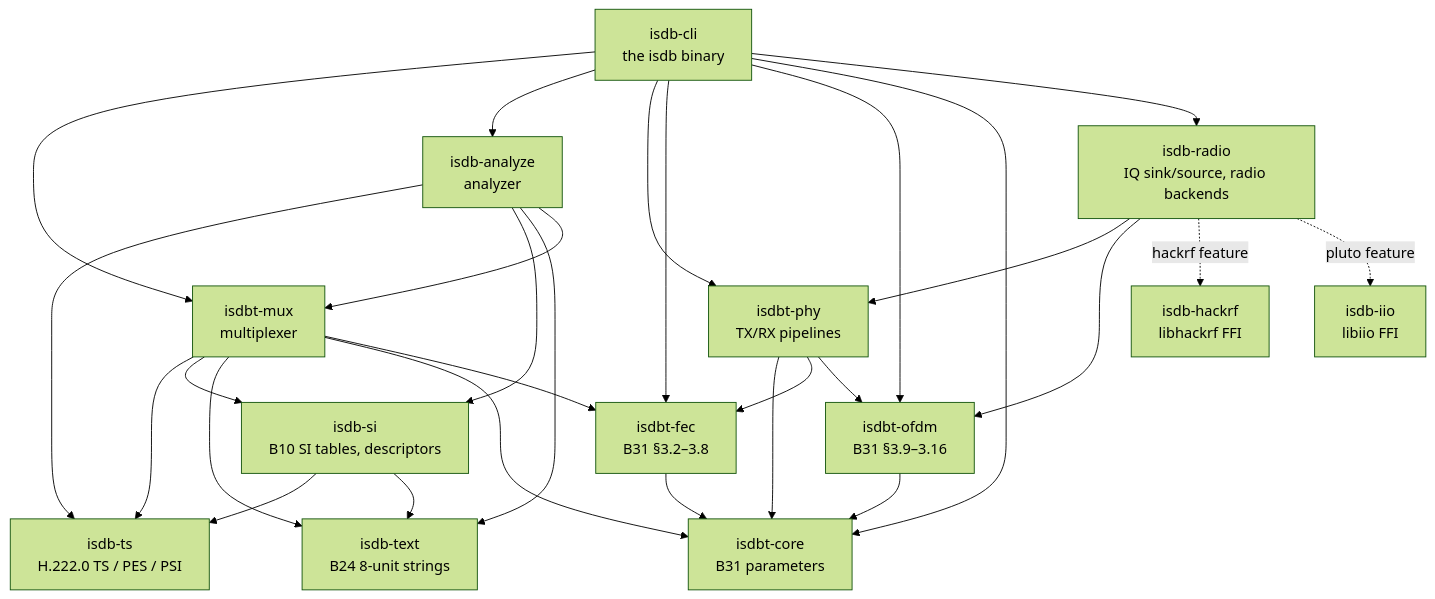
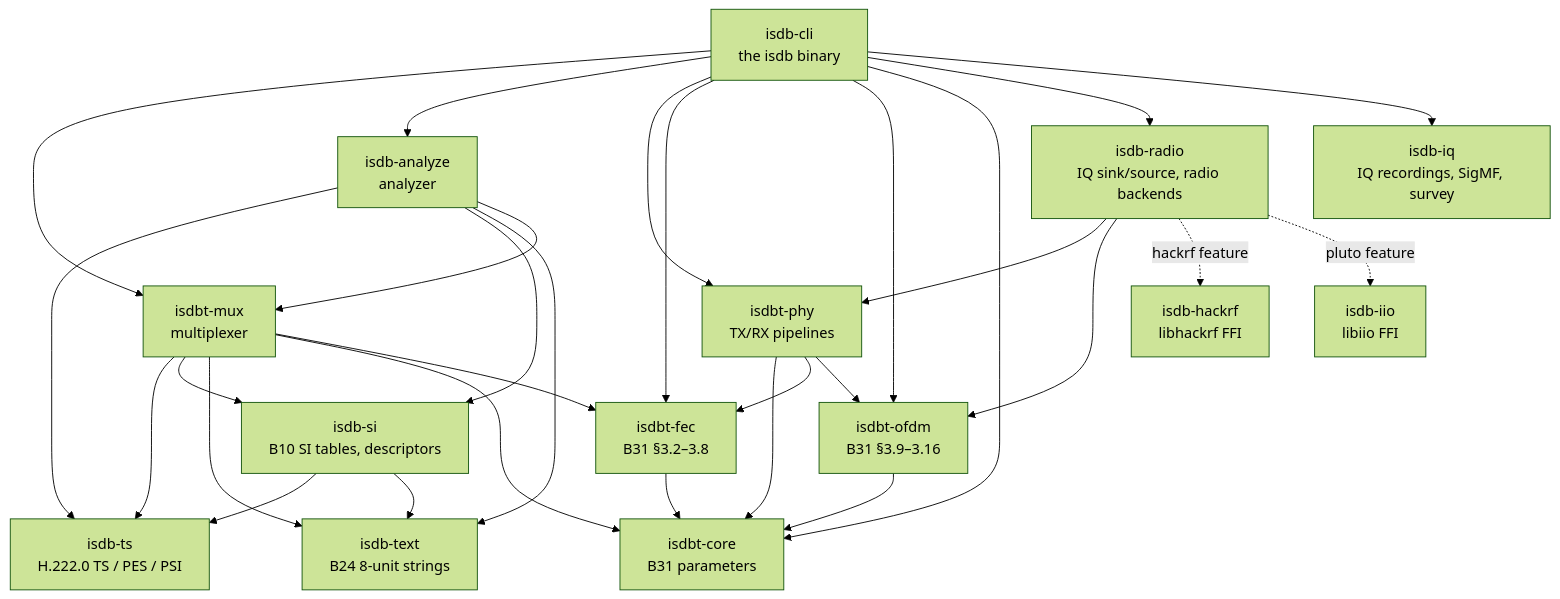
One commit to a1678991/isdb-rs changed the diagram in docs/architecture.md. Above: the diagram before and after it, drawn with Mermaid (forest theme). The commit also changed other lines of this file and 8 other files, not shown here.

````diff
--- a/docs/architecture.md
+++ b/docs/architecture.md
@@ -39,44 +39,46 @@
 ```mermaid
 graph TD
   ts[isdb-ts<br/>H.222.0 TS / PES / PSI]
   text[isdb-text<br/>B24 8-unit strings]
   si[isdb-si<br/>B10 SI tables, descriptors]
   core[isdbt-core<br/>B31 parameters]
   fec[isdbt-fec<br/>B31 §3.2–3.8]
   ofdm[isdbt-ofdm<br/>B31 §3.9–3.16]
   phy[isdbt-phy<br/>TX/RX pipelines]
   mux[isdbt-mux<br/>multiplexer]
   ana[isdb-analyze<br/>analyzer]
   radio[isdb-radio<br/>IQ sink/source, radio backends]
   hrf[isdb-hackrf<br/>libhackrf FFI]
   iio[isdb-iio<br/>libiio FFI]
+  iq[isdb-iq<br/>IQ recordings, SigMF, survey]
   cli[isdb-cli<br/>the isdb binary]
 
   si --> ts
   si --> text
   mux --> ts
   mux --> si
   mux --> text
   mux --> core
   mux --> fec
   ana --> ts
   ana --> si
   ana --> text
   ana --> mux
   fec --> core
   ofdm --> core
   phy --> core
   phy --> fec
   phy --> ofdm
   radio --> phy
   radio --> ofdm
   radio -. "hackrf feature" .-> hrf
   radio -. "pluto feature" .-> iio
   cli --> mux
   cli --> ana
   cli --> phy
   cli --> fec
   cli --> ofdm
   cli --> core
   cli --> radio
+  cli --> iq
 ```
````
